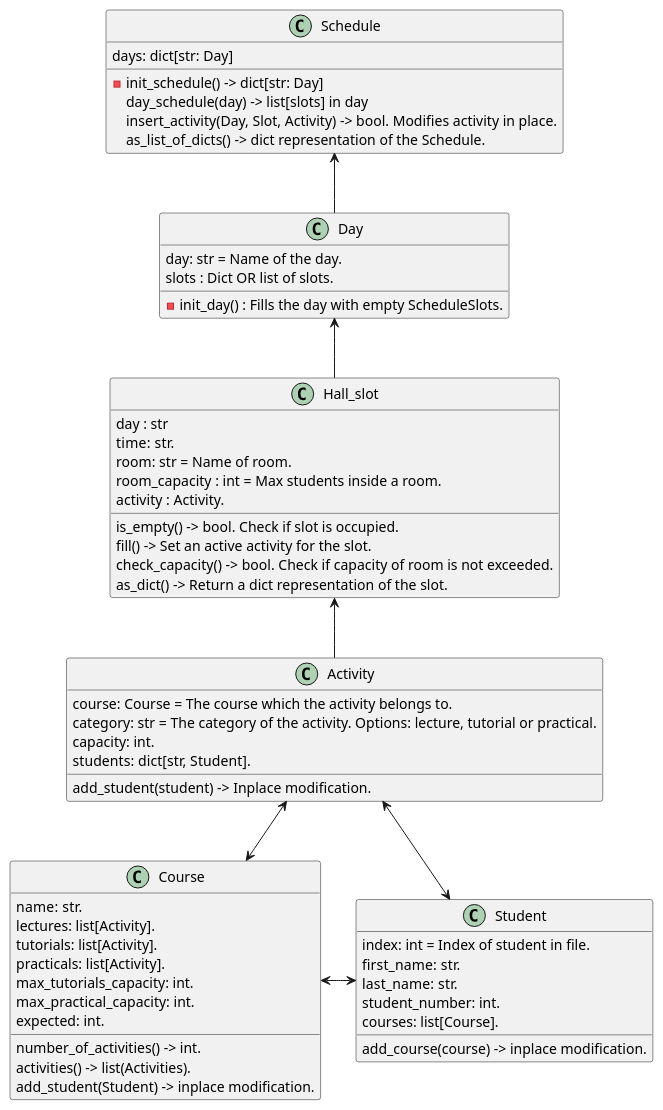
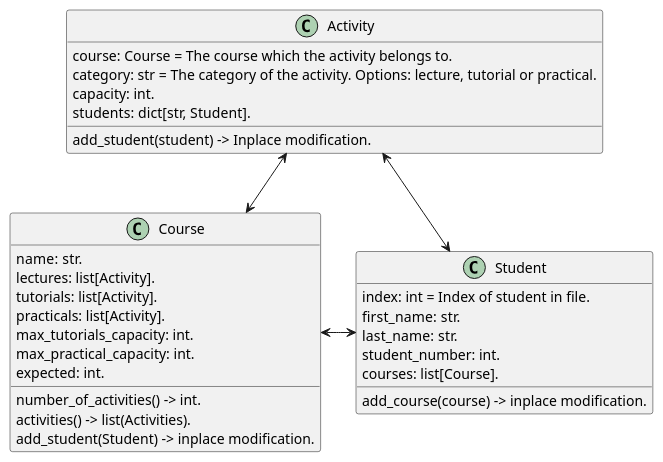
Before and after one commit to 11907223/Lesroosters: the second of 3 diagrams in UML.md, drawn with PlantUML. The commit also changed other lines of this file and 13 other files, not shown here.

```diff
--- a/UML.md
+++ b/UML.md
@@ -19,67 +19,38 @@
 @startuml FirstDiagram
-
-class Schedule{
-    days: dict[str: Day]
-    -init_schedule() -> dict[str: Day]
-    day_schedule(day) -> list[slots] in day
-    insert_activity(Day, Slot, Activity) -> bool. Modifies activity in place.
-    as_list_of_dicts() -> dict representation of the Schedule.
-}
-
-class Day{
-    day: str = Name of the day.
-    slots : Dict OR list of slots.
-    -init_day() : Fills the day with empty ScheduleSlots.
-}
-
-class Hall_slot{
-    day : str
-    time: str.
-    room: str = Name of room.
-    room_capacity : int = Max students inside a room.
-    activity : Activity.
-    is_empty() -> bool. Check if slot is occupied.
-    fill() -> Set an active activity for the slot.
-    check_capacity() -> bool. Check if capacity of room is not exceeded.
-    as_dict() -> Return a dict representation of the slot.
-}
 
 class Activity{
     add_student(student) -> Inplace modification.
     course: Course = The course which the activity belongs to.
     category: str = The category of the activity. Options: lecture, tutorial or practical.
     capacity: int.
     students: dict[str, Student].
 }
 
 class Course{
     number_of_activities() -> int.
     activities() -> list(Activities).
     add_student(Student) -> inplace modification.
     name: str.
     lectures: list[Activity].
     tutorials: list[Activity].
     practicals: list[Activity].
     max_tutorials_capacity: int.
     max_practical_capacity: int.
     expected: int.
 }
 
 class Student{
     add_course(course) -> inplace modification.
     index: int = Index of student in file.
     first_name: str.
     last_name: str.
     student_number: int.
     courses: list[Course].
 }
 
-Day -up-> Schedule
-Hall_slot -up-> Day
-Activity -up-> Hall_slot
 Activity <-down-> Course
 Activity <-down-> Student
 Course <-right-> Student
 
 
 @enduml
```
